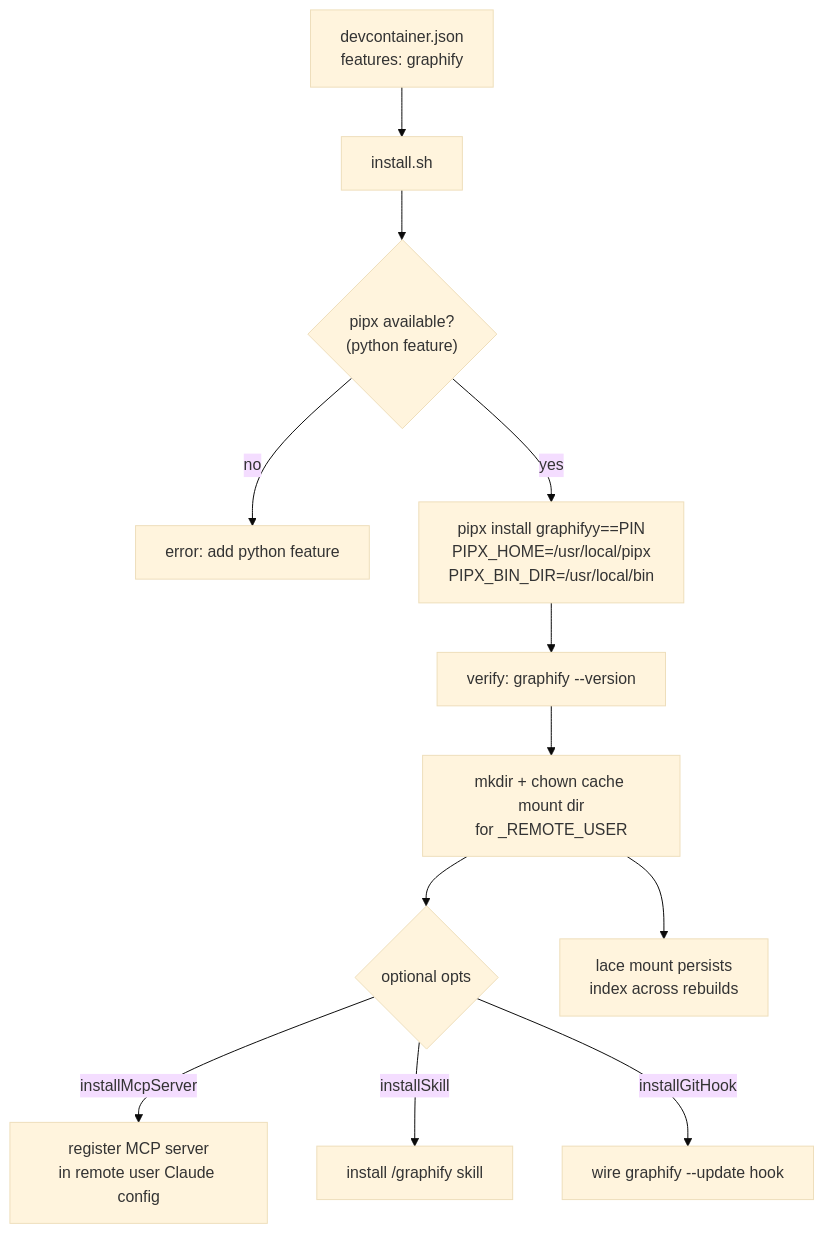
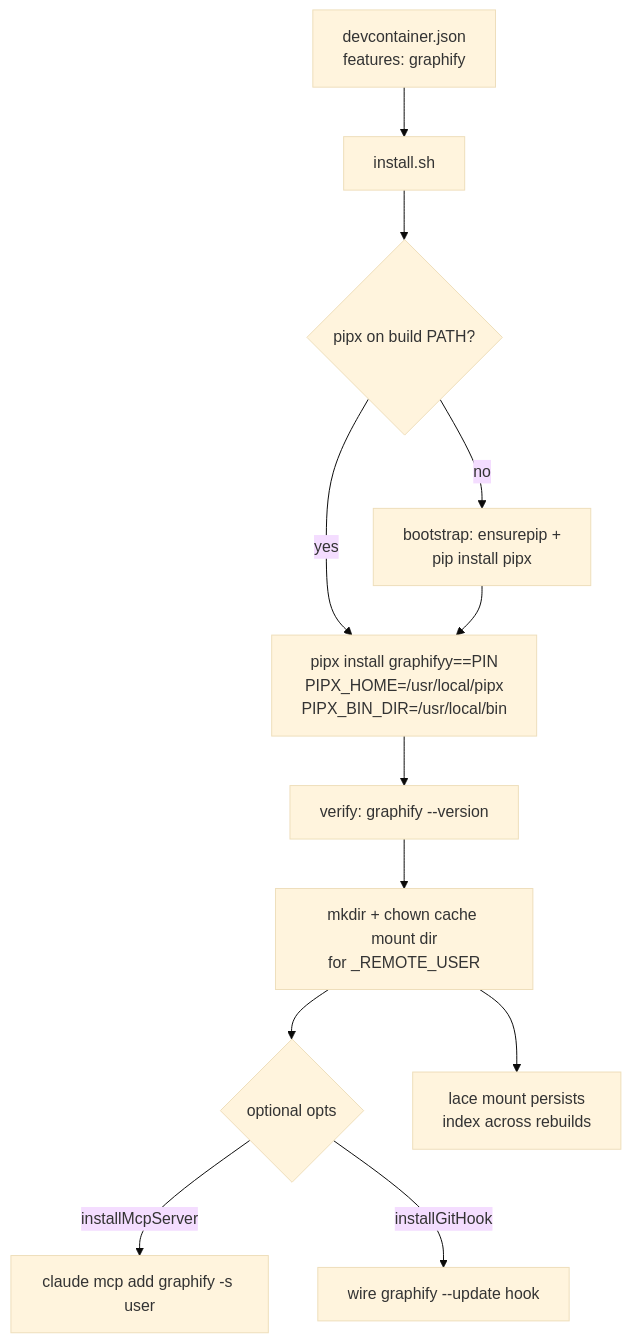
The diagram in cdocs/proposals/2026-09-15-graphify-lace-devcontainer-feature.md (weftwiseink/lace), drawn with Mermaid (base theme) before and after one commit. The commit also changed other lines of this file, not shown here.

First line of the commit message:
docs(cdocs): revise graphify feature proposal per round-1 review

````diff
--- a/cdocs/proposals/2026-09-15-graphify-lace-devcontainer-feature.md
+++ b/cdocs/proposals/2026-09-15-graphify-lace-devcontainer-feature.md
@@ -81,14 +82,14 @@
 ```mermaid
 flowchart TD
     A["devcontainer.json<br/>features: graphify"] --> B["install.sh"]
-    B --> C{"pipx available?<br/>(python feature)"}
-    C -->|no| C1["error: add python feature"]
-    C -->|yes| D["pipx install graphifyy==PIN<br/>PIPX_HOME=/usr/local/pipx<br/>PIPX_BIN_DIR=/usr/local/bin"]
+    B --> C{"pipx on build PATH?"}
+    C -->|no| C1["bootstrap: ensurepip +<br/>pip install pipx"]
+    C -->|yes| D
+    C1 --> D["pipx install graphifyy==PIN<br/>PIPX_HOME=/usr/local/pipx<br/>PIPX_BIN_DIR=/usr/local/bin"]
     D --> E["verify: graphify --version"]
     E --> F["mkdir + chown cache mount dir<br/>for _REMOTE_USER"]
     F --> G{"optional opts"}
-    G -->|installMcpServer| H["register MCP server<br/>in remote user Claude config"]
-    G -->|installSkill| I["install /graphify skill"]
+    G -->|installMcpServer| H["claude mcp add graphify -s user"]
     G -->|installGitHook| J["wire graphify --update hook"]
     F --> K["lace mount persists<br/>index across rebuilds"]
 ```
````
